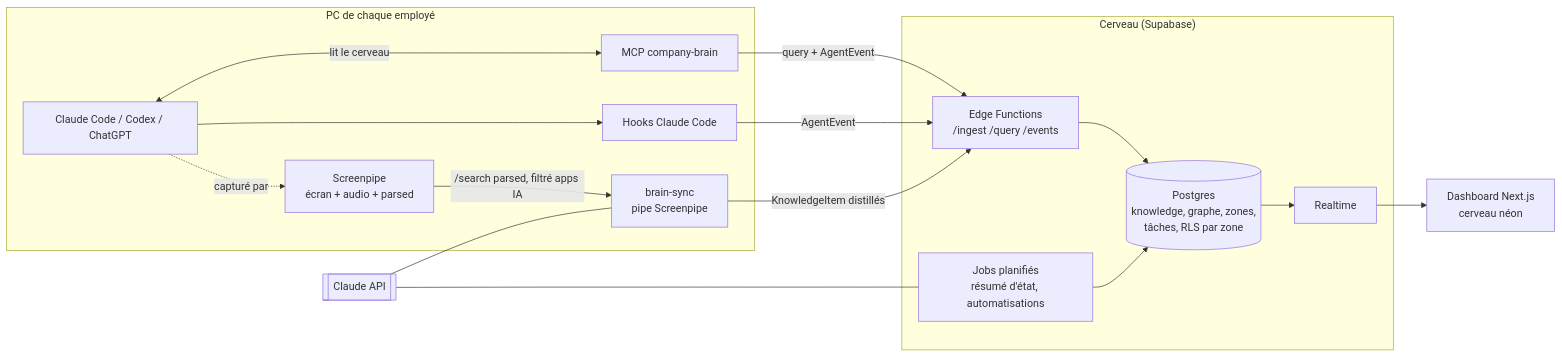
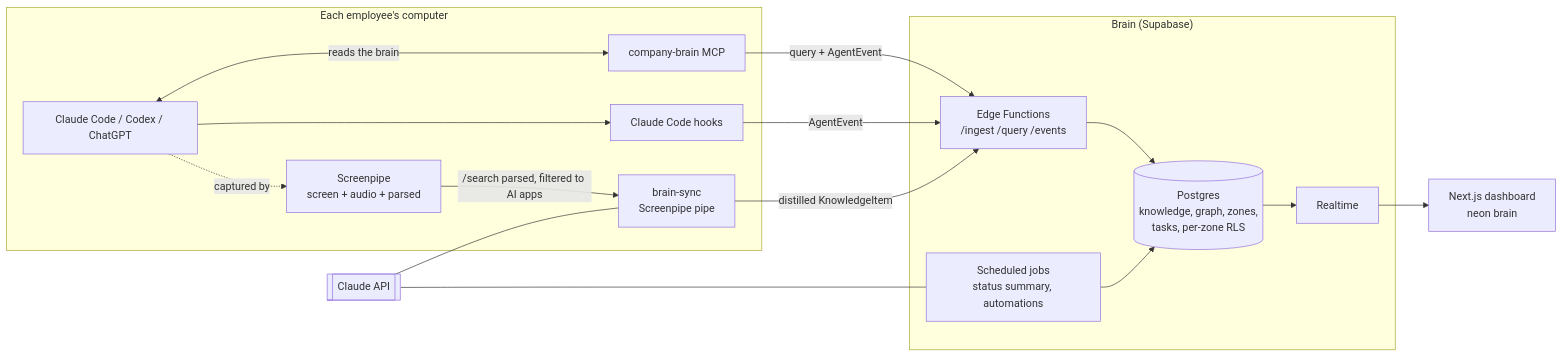
One commit to R0-main/hackathon-screen-pipe-october-2026 changed the diagram in ARCHITECTURE.md. Above: the diagram before and after it, drawn with Mermaid. The commit also changed other lines of this file and 9 other files, not shown here.

````diff
--- a/ARCHITECTURE.md
+++ b/ARCHITECTURE.md
@@ -12,31 +12,31 @@
 ```mermaid
 flowchart LR
-  subgraph PC["PC de chaque employé"]
-    SP[Screenpipe<br/>écran + audio + parsed]
+  subgraph PC["Each employee's computer"]
+    SP[Screenpipe<br/>screen + audio + parsed]
     CC[Claude Code / Codex / ChatGPT]
-    SYNC[brain-sync<br/>pipe Screenpipe]
-    HOOK[Hooks Claude Code]
-    MCP[MCP company-brain]
-    CC -. capturé par .-> SP
-    SP -->|/search parsed, filtré apps IA| SYNC
+    SYNC[brain-sync<br/>Screenpipe pipe]
+    HOOK[Claude Code hooks]
+    MCP[company-brain MCP]
+    CC -. captured by .-> SP
+    SP -->|/search parsed, filtered to AI apps| SYNC
     CC --> HOOK
-    CC <-->|lit le cerveau| MCP
+    CC <-->|reads the brain| MCP
   end
 
-  subgraph CLOUD["Cerveau (Supabase)"]
+  subgraph CLOUD["Brain (Supabase)"]
     API[Edge Functions<br/>/ingest /query /events]
-    DB[(Postgres<br/>knowledge, graphe, zones,<br/>tâches, RLS par zone)]
+    DB[(Postgres<br/>knowledge, graph, zones,<br/>tasks, per-zone RLS)]
     RT[Realtime]
-    JOBS[Jobs planifiés<br/>résumé d'état, automatisations]
+    JOBS[Scheduled jobs<br/>status summary, automations]
   end
 
-  DASH[Dashboard Next.js<br/>cerveau néon]
+  DASH[Next.js dashboard<br/>neon brain]
 
-  SYNC -->|KnowledgeItem distillés| API
+  SYNC -->|distilled KnowledgeItem| API
   HOOK -->|AgentEvent| API
   MCP -->|query + AgentEvent| API
   API --> DB --> RT --> DASH
   JOBS --> DB
   CLAUDE[[Claude API]] --- SYNC
   CLAUDE --- JOBS
 ```
````
